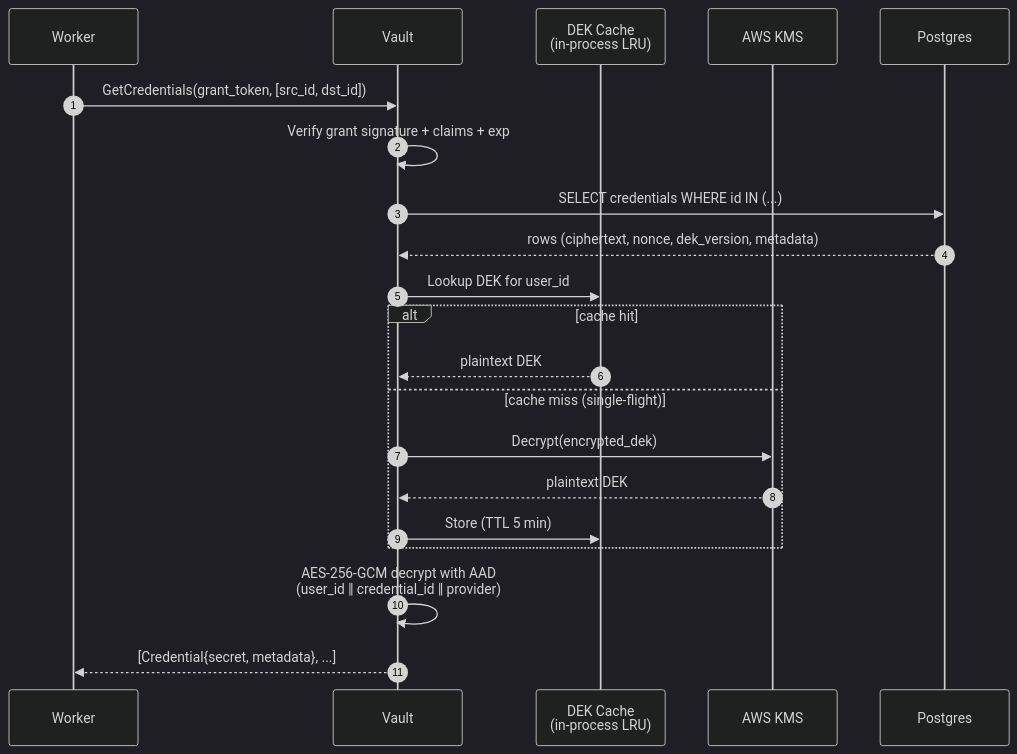
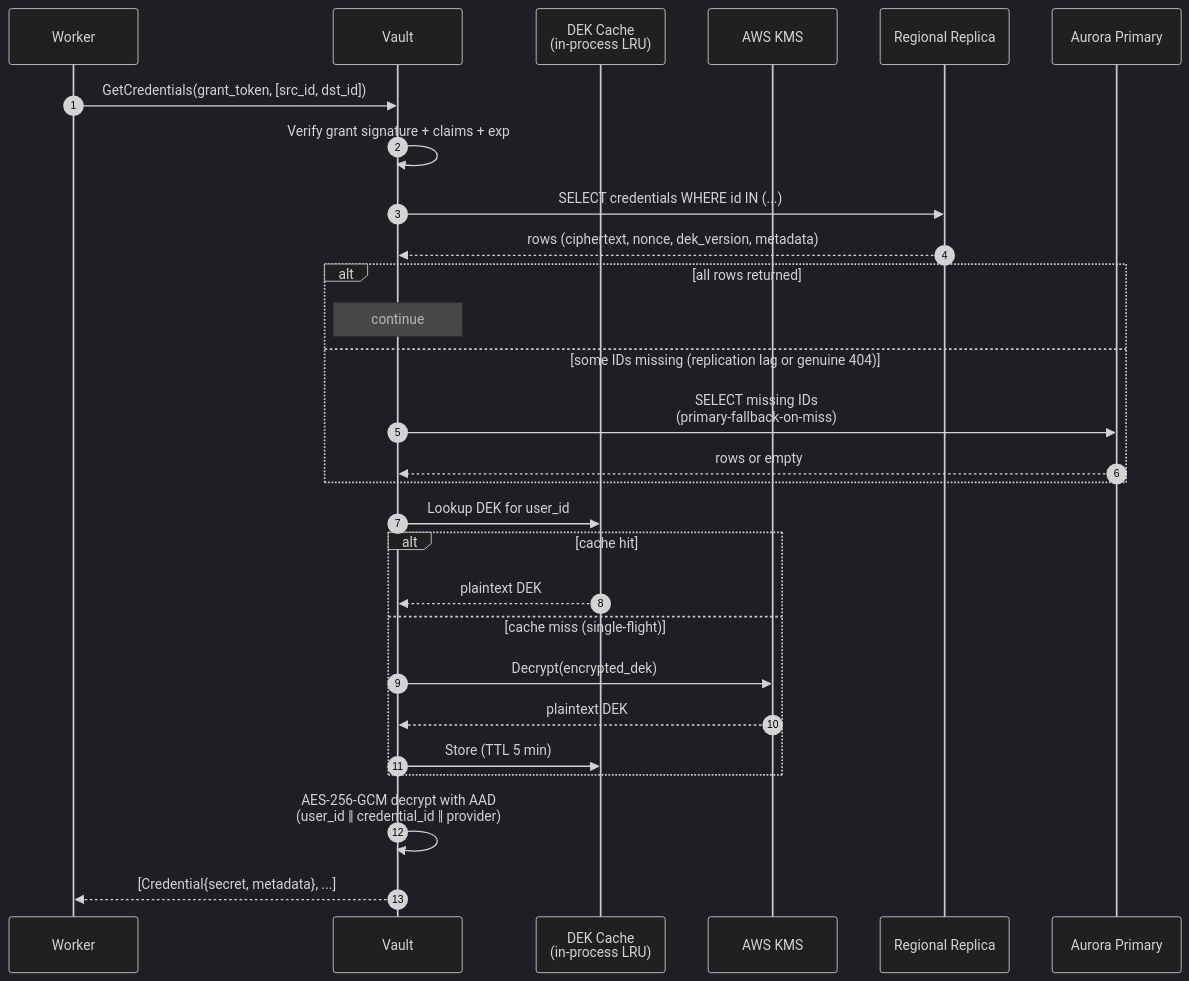
The second of 4 diagrams in README.md (tumultousRamen/coffer), drawn with Mermaid (dark theme) before and after one commit. The commit also changed other lines of this file and 9 other files, not shown here.

````diff
--- a/README.md
+++ b/README.md
@@ -50,26 +55,34 @@
 ```mermaid
 sequenceDiagram
     autonumber
     participant W as Worker
     participant V as Vault
     participant C as DEK Cache<br/>(in-process LRU)
     participant K as AWS KMS
-    participant DB as Postgres
+    participant R as Regional Replica
+    participant P as Aurora Primary
 
     W->>V: GetCredentials(grant_token, [src_id, dst_id])
     V->>V: Verify grant signature + claims + exp
-    V->>DB: SELECT credentials WHERE id IN (...)
-    DB-->>V: rows (ciphertext, nonce, dek_version, metadata)
+    V->>R: SELECT credentials WHERE id IN (...)
+    R-->>V: rows (ciphertext, nonce, dek_version, metadata)
+
+    alt all rows returned
+        Note over V: continue
+    else some IDs missing (replication lag or genuine 404)
+        V->>P: SELECT missing IDs<br/>(primary-fallback-on-miss)
+        P-->>V: rows or empty
+    end
 
     V->>C: Lookup DEK for user_id
     alt cache hit
         C-->>V: plaintext DEK
     else cache miss (single-flight)
         V->>K: Decrypt(encrypted_dek)
         K-->>V: plaintext DEK
         V->>C: Store (TTL 5 min)
     end
 
     V->>V: AES-256-GCM decrypt with AAD<br/>(user_id ‖ credential_id ‖ provider)
     V-->>W: [Credential{secret, metadata}, ...]
 ```
````
